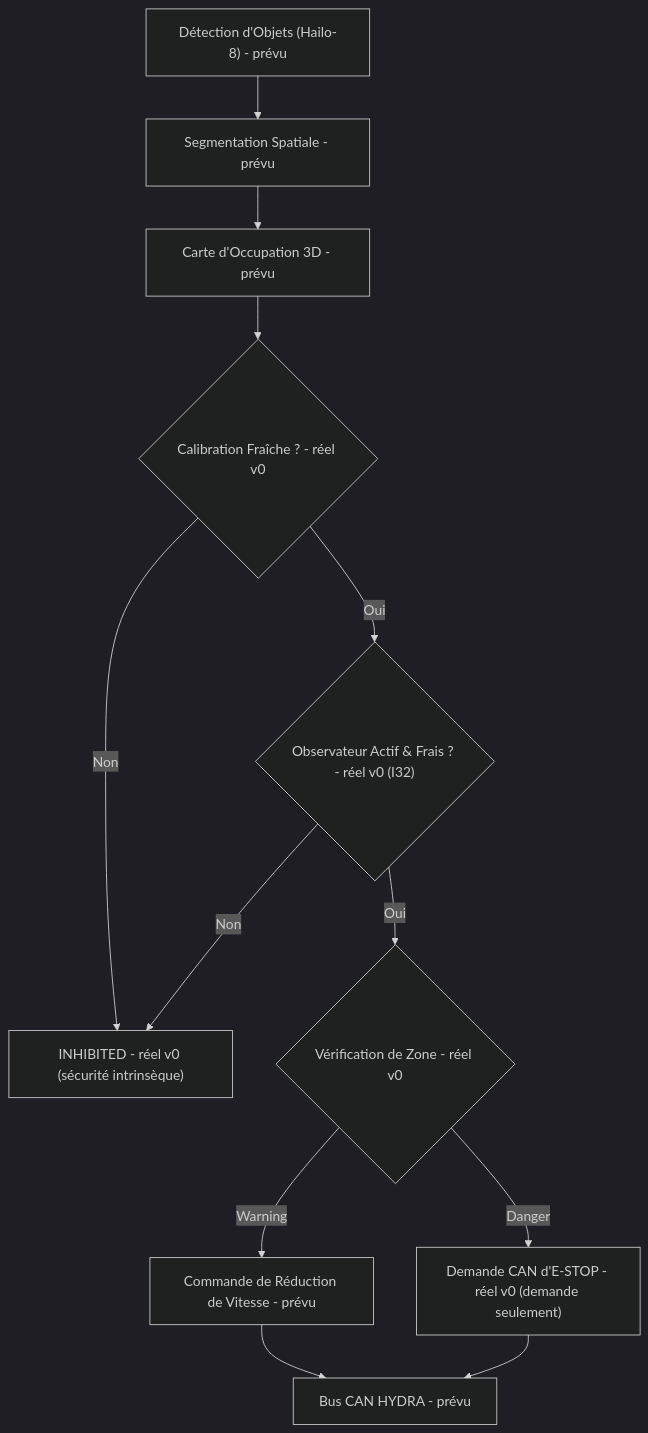
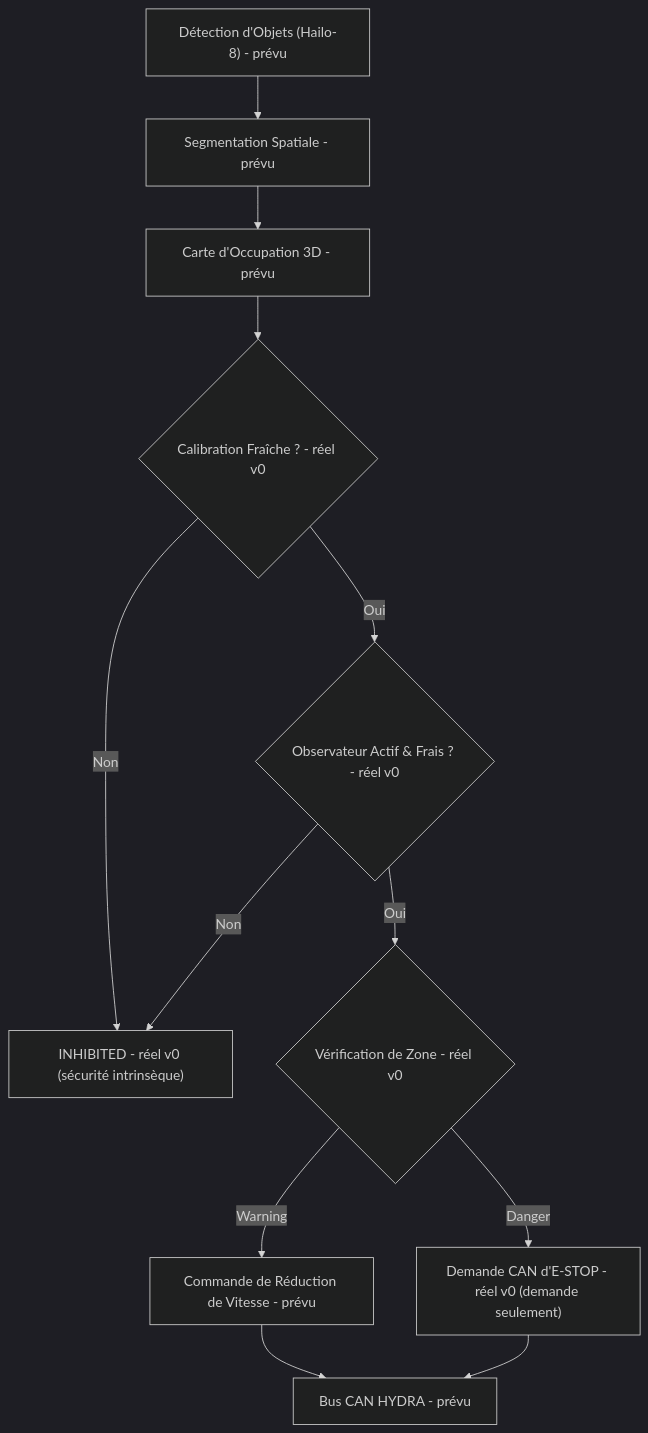
Before and after one commit to JuanenRac/HYDRA-UMC-SAFETY-ZONES: the diagram in README_fra.md, drawn with Mermaid (dark theme). The commit also changed other lines of this file and 8 other files, not shown here.

````diff
--- a/README_fra.md
+++ b/README_fra.md
@@ -49,14 +49,14 @@
 ```mermaid
 flowchart TB
     DET["Détection d'Objets (Hailo-8) - prévu"] --> SEG["Segmentation Spatiale - prévu"]
     SEG --> MAP["Carte d'Occupation 3D - prévu"]
     MAP --> CAL{"Calibration Fraîche ? - réel v0"}
     CAL -- Non --> INHIBIT["INHIBITED - réel v0 (sécurité intrinsèque)"]
-    CAL -- Oui --> OBS{"Observateur Actif & Frais ? - réel v0 (I32)"}
+    CAL -- Oui --> OBS{"Observateur Actif & Frais ? - réel v0"}
     OBS -- Non --> INHIBIT
     OBS -- Oui --> ZONE{"Vérification de Zone - réel v0"}
     ZONE -- Warning --> SLOW["Commande de Réduction de Vitesse - prévu"]
     ZONE -- Danger --> STOP["Demande CAN d'E-STOP - réel v0 (demande seulement)"]
     SLOW --> CAN["Bus CAN HYDRA - prévu"]
     STOP --> CAN
 ```
````
